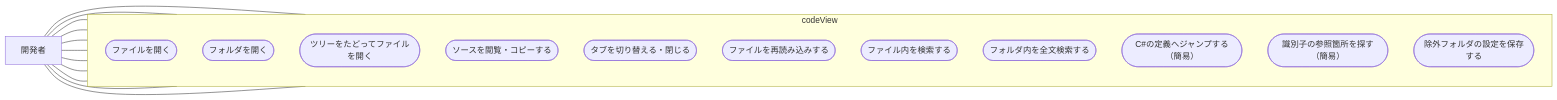
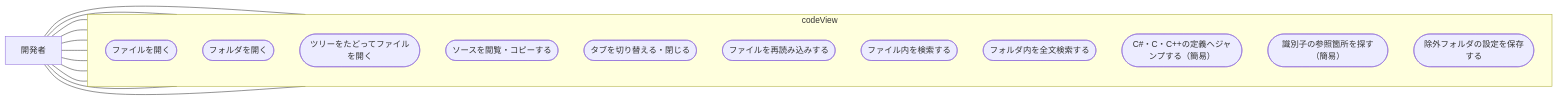
The second of 2 diagrams in docs/basic-design.md (m-hiroaki/codeView), drawn with Mermaid before and after one commit. The commit also changed other lines of this file and 18 other files, not shown here.

````diff
--- a/docs/basic-design.md
+++ b/docs/basic-design.md
@@ -140,24 +140,24 @@
 ```mermaid
 flowchart LR
     Developer["開発者"]
 
     subgraph CodeView ["codeView"]
         direction TB
         OpenFile(["ファイルを開く"])
         OpenFolder(["フォルダを開く"])
         BrowseTree(["ツリーをたどってファイルを開く"])
         ReadFile(["ソースを閲覧・コピーする"])
         ManageTabs(["タブを切り替える・閉じる"])
         Reload(["ファイルを再読み込みする"])
         FindInFile(["ファイル内を検索する"])
         SearchFolder(["フォルダ内を全文検索する"])
-        GoToDefinition(["C#の定義へジャンプする（簡易）"])
+        GoToDefinition(["C#・C・C++の定義へジャンプする（簡易）"])
         FindReferences(["識別子の参照箇所を探す（簡易）"])
         SaveSettings(["除外フォルダの設定を保存する"])
     end
 
     Developer --- OpenFile & OpenFolder & BrowseTree
     Developer --- ReadFile & ManageTabs & Reload
     Developer --- FindInFile & SearchFolder & GoToDefinition & FindReferences
     Developer --- SaveSettings
 ```
````
